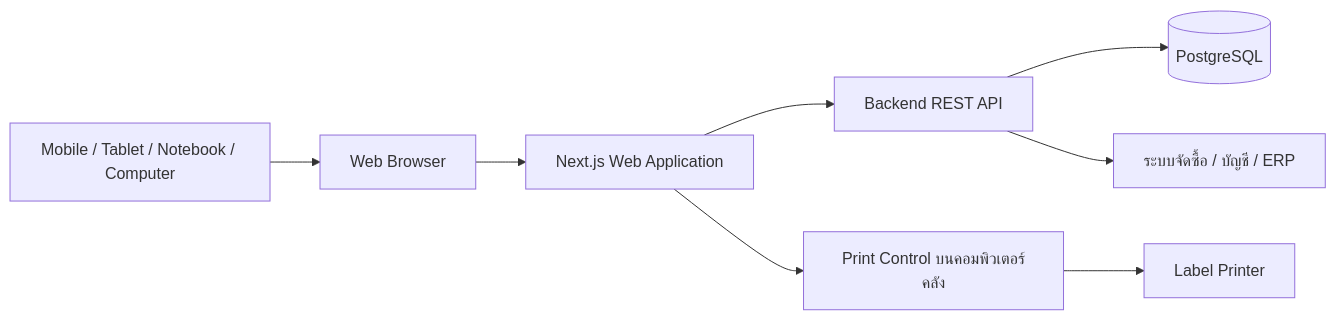
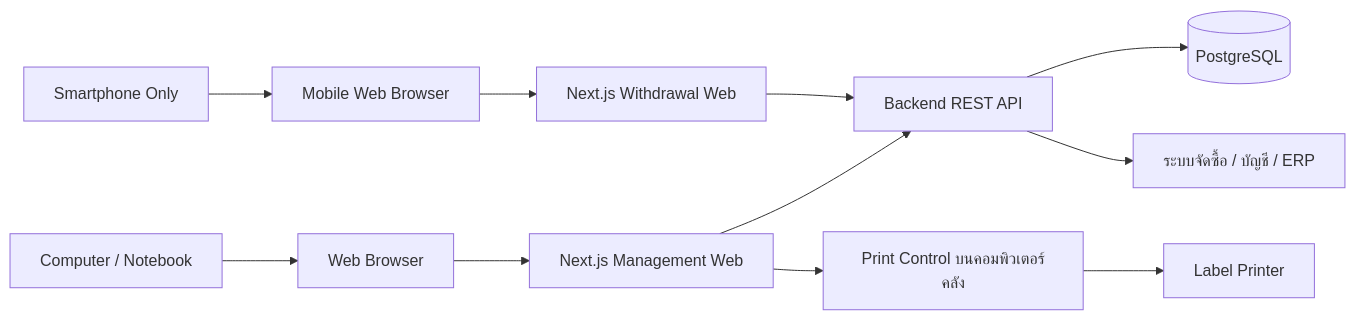
Before and after one commit to thisadee2897/requirements: the second of 2 diagrams in HOTPODMAN/requirements.md, drawn with Mermaid. The commit also changed other lines of this file, not shown here.

Commit message:
Limit withdrawal web to mobile UI

````diff
--- a/HOTPODMAN/requirements.md
+++ b/HOTPODMAN/requirements.md
@@ -190,10 +191,13 @@
 ```mermaid
 flowchart LR
-    U[Mobile / Tablet / Notebook / Computer] --> B[Web Browser]
-    B --> N[Next.js Web Application]
-    N --> A[Backend REST API]
+    M[Computer / Notebook] --> MB[Web Browser]
+    MB --> MW[Next.js Management Web]
+    W[Smartphone Only] --> WB[Mobile Web Browser]
+    WB --> WW[Next.js Withdrawal Web]
+    MW --> A[Backend REST API]
+    WW --> A
     A --> D[(PostgreSQL)]
     A --> E[ระบบจัดซื้อ / บัญชี / ERP]
-    N --> P[Print Control บนคอมพิวเตอร์คลัง]
+    MW --> P[Print Control บนคอมพิวเตอร์คลัง]
     P --> L[Label Printer]
 ```
````
